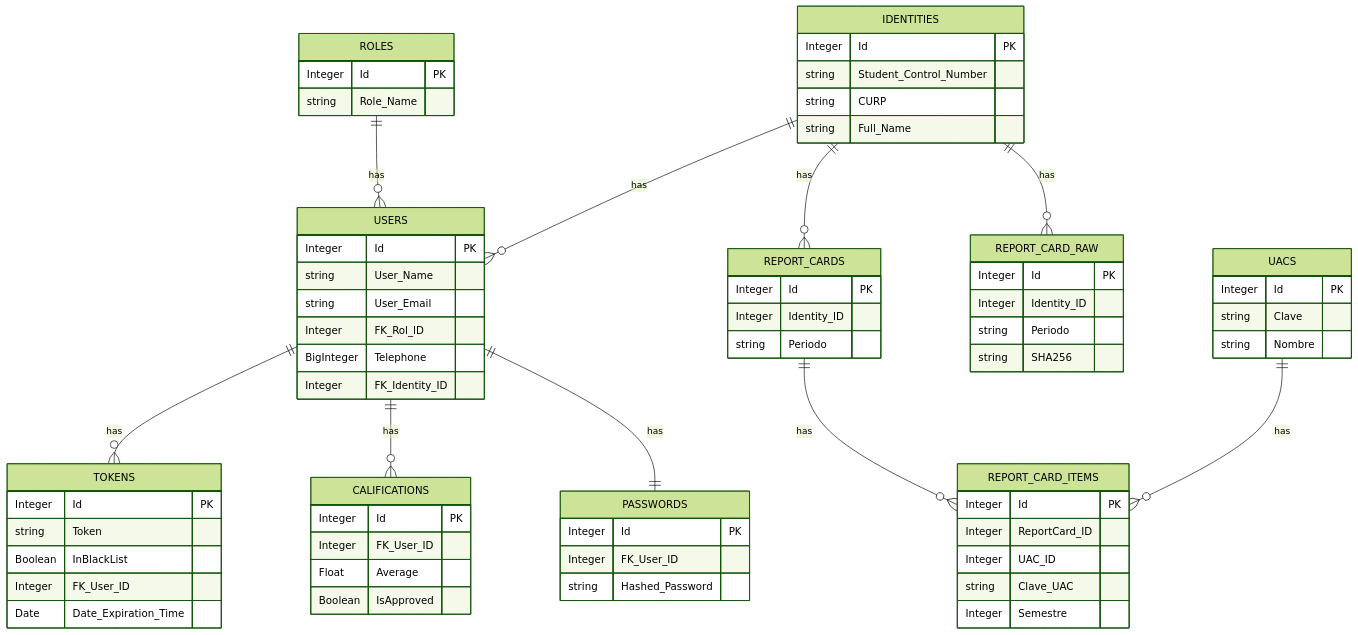
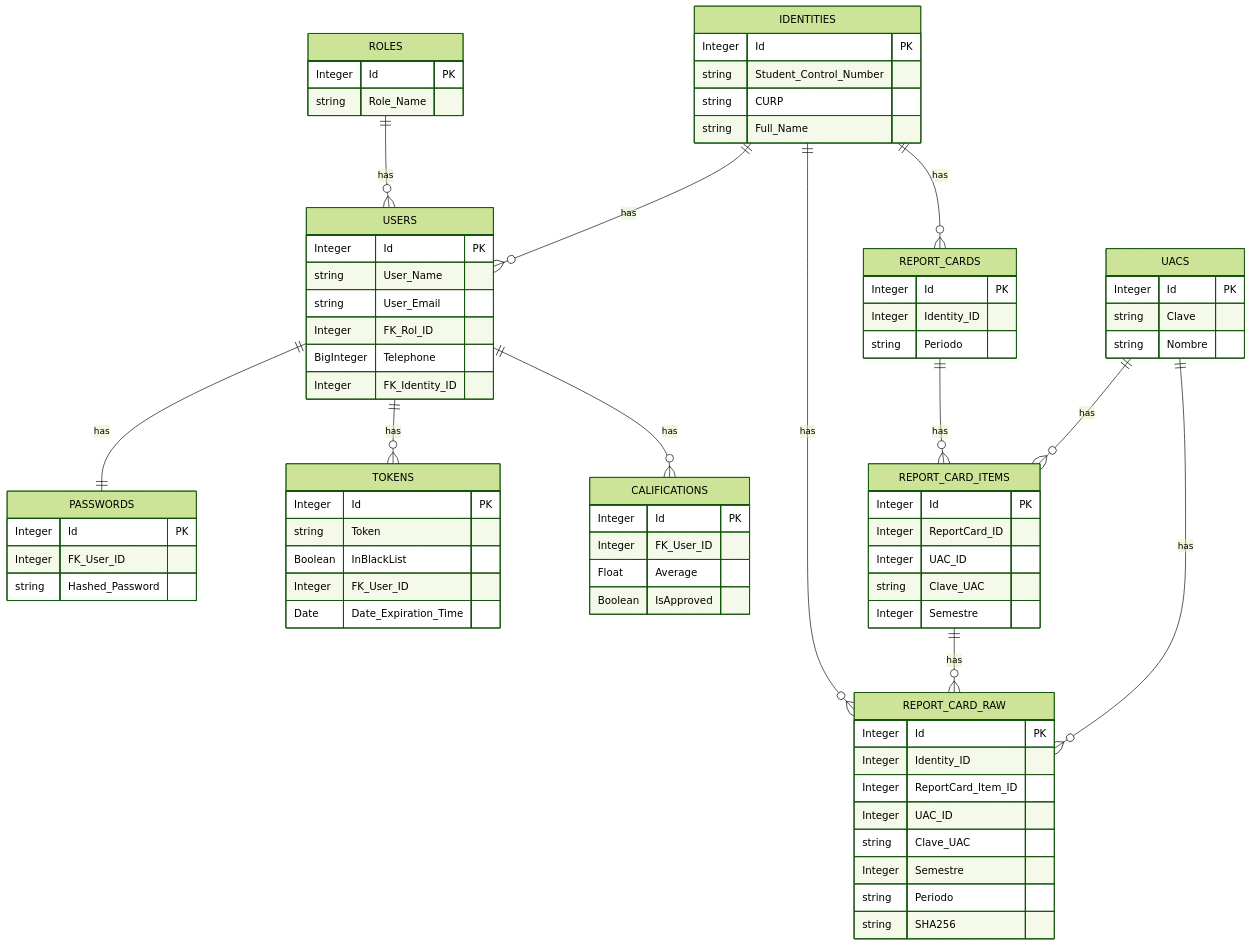
One commit to GuillermoSM33/CETMAR_41_BACK changed the diagram in reports/schema_diagram.mmd. Above: the diagram before and after it, drawn with Mermaid (forest theme). The commit also changed 15 other files, not shown here.

Commit message:
FIX(MODELS) MODELS HAS BEEN UPDATED FOR NEW REPORT CARDS

````diff
--- a/reports/schema_diagram.mmd
+++ b/reports/schema_diagram.mmd
@@ -1,72 +1,78 @@
 ```mermaid
 erDiagram
     ROLES {
         Integer Id PK
         string Role_Name
     }
     USERS {
         Integer Id PK
         string User_Name
         string User_Email
         Integer FK_Rol_ID
         BigInteger Telephone
         Integer FK_Identity_ID
     }
     PASSWORDS {
         Integer Id PK
         Integer FK_User_ID
         string Hashed_Password
     }
     TOKENS {
         Integer Id PK
         string Token
         Boolean InBlackList
         Integer FK_User_ID
         Date Date_Expiration_Time
     }
     CALIFICATIONS {
         Integer Id PK
         Integer FK_User_ID
         Float Average
         Boolean IsApproved
     }
     IDENTITIES {
         Integer Id PK
         string Student_Control_Number
         string CURP
         string Full_Name
     }
     REPORT_CARDS {
         Integer Id PK
         Integer Identity_ID
         string Periodo
     }
     REPORT_CARD_ITEMS {
         Integer Id PK
         Integer ReportCard_ID
         Integer UAC_ID
         string Clave_UAC
         Integer Semestre
     }
     REPORT_CARD_RAW {
         Integer Id PK
         Integer Identity_ID
+        Integer ReportCard_Item_ID
+        Integer UAC_ID
+        string Clave_UAC
+        Integer Semestre
         string Periodo
         string SHA256
     }
     UACS {
         Integer Id PK
         string Clave
         string Nombre
     }
 
     ROLES ||--o{ USERS : has
     IDENTITIES ||--o{ USERS : has
     USERS ||--o{ TOKENS : has
     USERS ||--o{ CALIFICATIONS : has
     USERS ||--|| PASSWORDS : has
     IDENTITIES ||--o{ REPORT_CARDS : has
     REPORT_CARDS ||--o{ REPORT_CARD_ITEMS : has
     UACS ||--o{ REPORT_CARD_ITEMS : has
     IDENTITIES ||--o{ REPORT_CARD_RAW : has
+    REPORT_CARD_ITEMS ||--o{ REPORT_CARD_RAW : has
+    UACS ||--o{ REPORT_CARD_RAW : has
 ```
````
